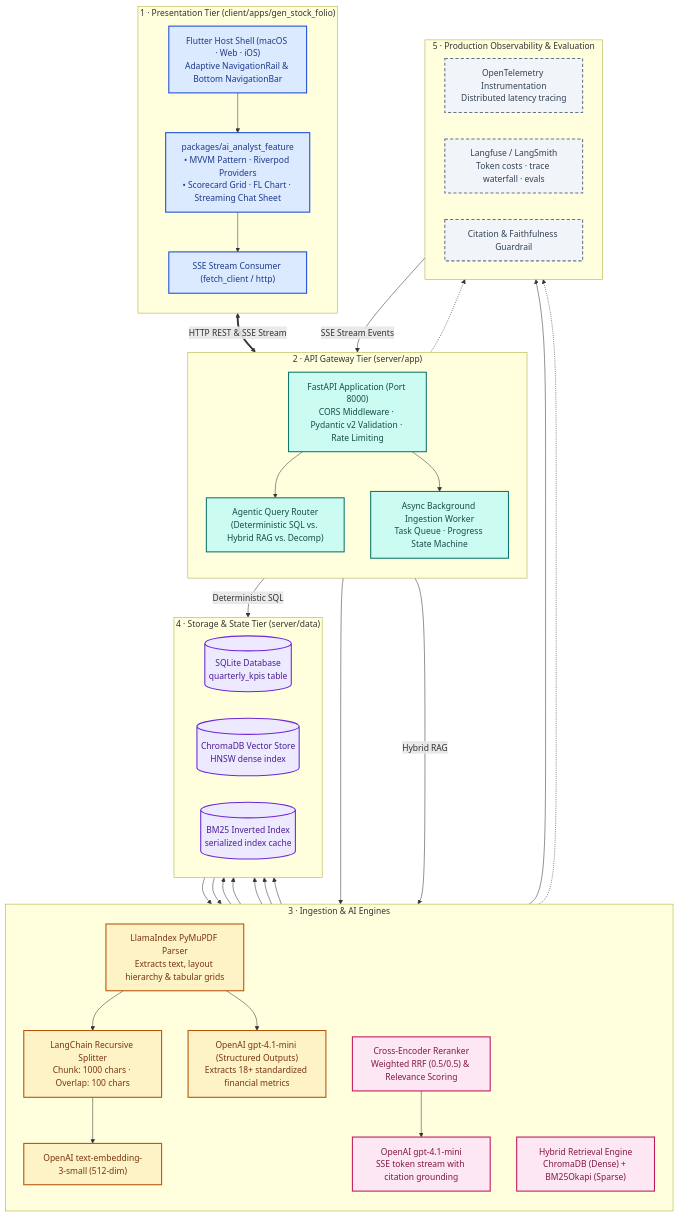
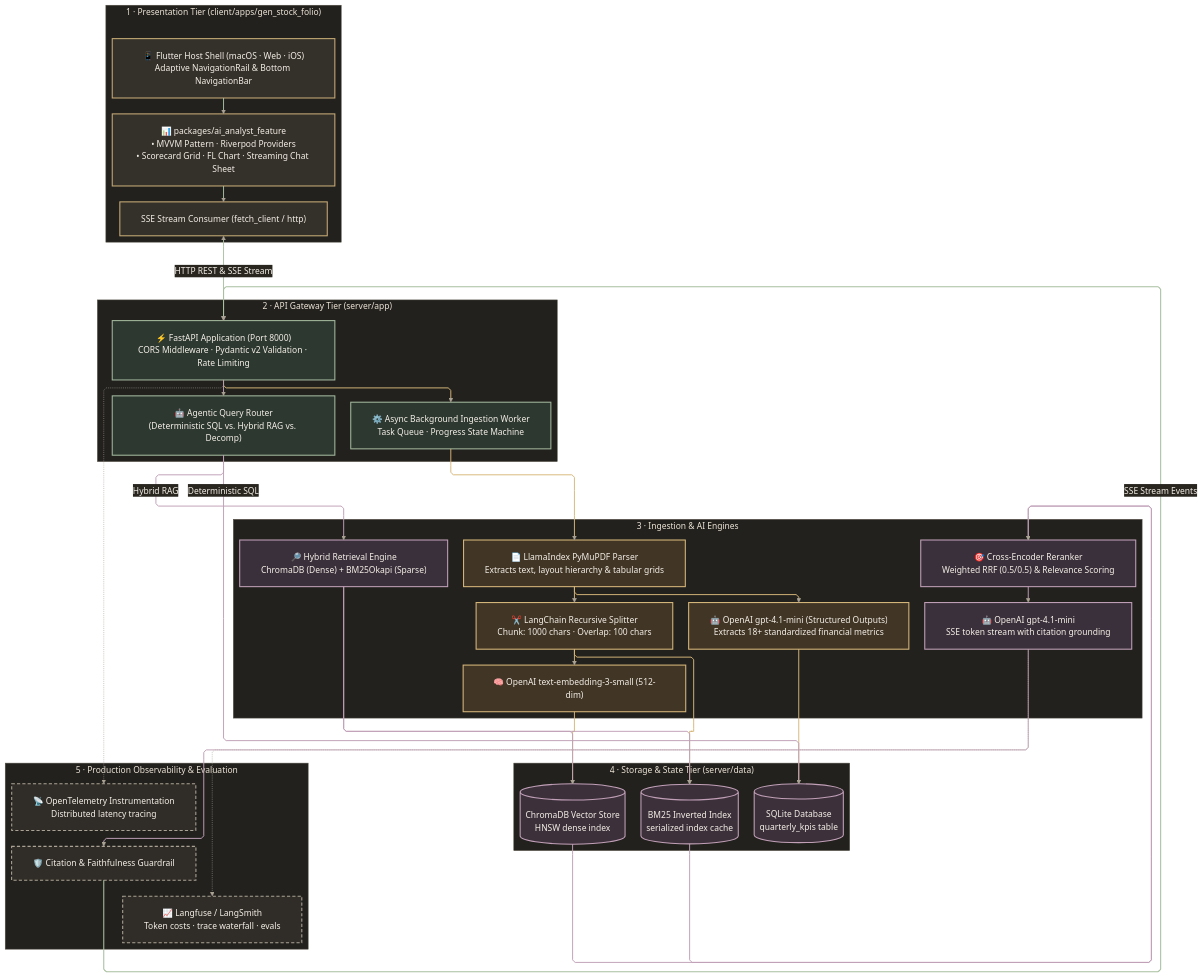
Before and after one commit to tarunkhurana2015/ai-certification-gen-academy: the fifth of 10 diagrams in week2-project-stock-ai-analyzer/ARCHITECTURE.md, drawn with Mermaid. The commit also changed other lines of this file and 22 other files, not shown here.

Commit message:
modified diagrams

````diff
--- a/week2-project-stock-ai-analyzer/ARCHITECTURE.md
+++ b/week2-project-stock-ai-analyzer/ARCHITECTURE.md
@@ -455,16 +522,17 @@
 ```mermaid
+%%{init: {"theme":"base","themeVariables":{"darkMode":true,"background":"#191816","primaryColor":"#34302A","primaryTextColor":"#F4EFE6","primaryBorderColor":"#C6AA76","secondaryColor":"#3C303B","secondaryTextColor":"#F4EFE6","secondaryBorderColor":"#BC9AAF","tertiaryColor":"#293B32","tertiaryTextColor":"#F4EFE6","tertiaryBorderColor":"#99B89B","lineColor":"#AAA294","textColor":"#F4EFE6","mainBkg":"#34302A","clusterBkg":"#22211E","clusterBorder":"#514B41","titleColor":"#ECE3D5","edgeLabelBackground":"#292620","actorBkg":"#34302A","actorBorder":"#C6AA76","actorTextColor":"#F4EFE6","actorLineColor":"#8F8679","signalColor":"#D6BA87","signalTextColor":"#ECE3D5","labelBoxBkgColor":"#3C303B","labelBoxBorderColor":"#BC9AAF","labelTextColor":"#F4EFE6","loopTextColor":"#E0CEDB","noteBkgColor":"#413526","noteTextColor":"#F1DEC0","noteBorderColor":"#D7B77A","activationBkgColor":"#293B32","activationBorderColor":"#99B89B","sequenceNumberColor":"#191816","fontFamily":"Arial, Helvetica, sans-serif","fontSize":"16px"},"themeCSS":"& { background-color: #191816; } .node rect, .node polygon, .node path, .node circle { stroke-width: 1.5px; } .node rect { rx: 9px; ry: 9px; } .cluster rect { rx: 12px; ry: 12px; } .cluster-label span { font-weight: 600; } .edgeLabel { color: #E9DECC; } .flowchart-link { stroke-width: 1.5px; } text, .label, .nodeLabel, .cluster-label, .edgeLabel, foreignObject, p, span { font-family: Arial, Helvetica, sans-serif !important; }","layout":"elk","elk":{"mergeEdges":true,"nodePlacementStrategy":"BRANDES_KOEPF","cycleBreakingStrategy":"GREEDY","forceNodeModelOrder":false},"flowchart":{"curve":"linear","nodeSpacing":44,"rankSpacing":80,"padding":20,"wrappingWidth":340,"useMaxWidth":true,"htmlLabels":true}}}%%
 flowchart TB
-    classDef client fill:#DBEAFE,stroke:#1D4ED8,stroke-width:2px,color:#1E3A8A
-    classDef api fill:#CCFBF1,stroke:#0F766E,stroke-width:2px,color:#134E4A
-    classDef ingest fill:#FEF3C7,stroke:#B45309,stroke-width:2px,color:#78350F
-    classDef query fill:#FCE7F3,stroke:#BE185D,stroke-width:2px,color:#831843
-    classDef data fill:#EDE9FE,stroke:#6D28D9,stroke-width:2px,color:#4C1D95
-    classDef ops fill:#F1F5F9,stroke:#64748B,stroke-width:2px,stroke-dasharray:6 4,color:#334155
+    classDef client fill:#34302A,stroke:#C6AA76,stroke-width:2px,color:#F4EFE6
+    classDef api fill:#2D3831,stroke:#A1B69B,stroke-width:2px,color:#F4EFE6
+    classDef ingest fill:#413526,stroke:#D7B77A,stroke-width:2px,color:#F4EFE6
+    classDef query fill:#3A303B,stroke:#C1A0B7,stroke-width:2px,color:#F4EFE6
+    classDef data fill:#3C303B,stroke:#C1A0B7,stroke-width:2px,color:#F4EFE6
+    classDef ops fill:#302D28,stroke:#AAA294,stroke-width:2px,stroke-dasharray:6 4,color:#F4EFE6
 
     subgraph Tier1["1 · Presentation Tier (client/apps/gen_stock_folio)"]
         direction TB
-        FlutterApp["Flutter Host Shell (macOS · Web · iOS)<br/>Adaptive NavigationRail & Bottom NavigationBar"]:::client
-        AIAnalystPkg["packages/ai_analyst_feature<br/>• MVVM Pattern · Riverpod Providers<br/>• Scorecard Grid · FL Chart · Streaming Chat Sheet"]:::client
+        FlutterApp["📱 Flutter Host Shell (macOS · Web · iOS)<br/>Adaptive NavigationRail & Bottom NavigationBar"]:::client
+        AIAnalystPkg["📊 packages/ai_analyst_feature<br/>• MVVM Pattern · Riverpod Providers<br/>• Scorecard Grid · FL Chart · Streaming Chat Sheet"]:::client
         SSEClient["SSE Stream Consumer (fetch_client / http)"]:::client
         FlutterApp --> AIAnalystPkg
         AIAnalystPkg --> SSEClient
@@ -472,23 +540,23 @@
 
     subgraph Tier2["2 · API Gateway Tier (server/app)"]
         direction TB
-        FastAPIServer["FastAPI Application (Port 8000)<br/>CORS Middleware · Pydantic v2 Validation · Rate Limiting"]:::api
-        QueryRouter["Agentic Query Router<br/>(Deterministic SQL vs. Hybrid RAG vs. Decomp)"]:::api
-        IngestWorker["Async Background Ingestion Worker<br/>Task Queue · Progress State Machine"]:::api
+        FastAPIServer["⚡ FastAPI Application (Port 8000)<br/>CORS Middleware · Pydantic v2 Validation · Rate Limiting"]:::api
+        QueryRouter["🤖 Agentic Query Router<br/>(Deterministic SQL vs. Hybrid RAG vs. Decomp)"]:::api
+        IngestWorker["⚙️ Async Background Ingestion Worker<br/>Task Queue · Progress State Machine"]:::api
+        FastAPIServer --> IngestWorker
         FastAPIServer --> QueryRouter
-        FastAPIServer --> IngestWorker
     end
 
     subgraph Tier3["3 · Ingestion & AI Engines"]
         direction TB
-        LlamaParser["LlamaIndex PyMuPDF Parser<br/>Extracts text, layout hierarchy & tabular grids"]:::ingest
-        LCSplitter["LangChain Recursive Splitter<br/>Chunk: 1000 chars · Overlap: 100 chars"]:::ingest
-        OpenAIEmbed["OpenAI text-embedding-3-small (512-dim)"]:::ingest
-        KPISchemaLLM["OpenAI gpt-4.1-mini (Structured Outputs)<br/>Extracts 18+ standardized financial metrics"]:::ingest
+        LlamaParser["📄 LlamaIndex PyMuPDF Parser<br/>Extracts text, layout hierarchy & tabular grids"]:::ingest
+        LCSplitter["✂️ LangChain Recursive Splitter<br/>Chunk: 1000 chars · Overlap: 100 chars"]:::ingest
+        OpenAIEmbed["🧠 OpenAI text-embedding-3-small (512-dim)"]:::ingest
+        KPISchemaLLM["🤖 OpenAI gpt-4.1-mini (Structured Outputs)<br/>Extracts 18+ standardized financial metrics"]:::ingest
 
-        HybridRetriever["Hybrid Retrieval Engine<br/>ChromaDB (Dense) + BM25Okapi (Sparse)"]:::query
-        Reranker["Cross-Encoder Reranker<br/>Weighted RRF (0.5/0.5) & Relevance Scoring"]:::query
-        AnswerEngine["OpenAI gpt-4.1-mini<br/>SSE token stream with citation grounding"]:::query
+        HybridRetriever["🔎 Hybrid Retrieval Engine<br/>ChromaDB (Dense) + BM25Okapi (Sparse)"]:::query
+        Reranker["🎯 Cross-Encoder Reranker<br/>Weighted RRF (0.5/0.5) & Relevance Scoring"]:::query
+        AnswerEngine["🤖 OpenAI gpt-4.1-mini<br/>SSE token stream with citation grounding"]:::query
     end
 
     subgraph Tier4["4 · Storage & State Tier (server/data)"]
@@ -500,9 +568,9 @@
 
     subgraph Tier5["5 · Production Observability & Evaluation"]
         direction LR
-        OTel["OpenTelemetry Instrumentation<br/>Distributed latency tracing"]:::ops
-        Langfuse["Langfuse / LangSmith<br/>Token costs · trace waterfall · evals"]:::ops
-        Guardrail["Citation & Faithfulness Guardrail"]:::ops
+        OTel["📡 OpenTelemetry Instrumentation<br/>Distributed latency tracing"]:::ops
+        Langfuse["📈 Langfuse / LangSmith<br/>Token costs · trace waterfall · evals"]:::ops
+        Guardrail["🛡️ Citation & Faithfulness Guardrail"]:::ops
     end
 
     SSEClient <==>|HTTP REST & SSE Stream| FastAPIServer
@@ -526,4 +594,13 @@
 
     FastAPIServer -.-> OTel
     AnswerEngine -.-> Langfuse
+
+    classDef default fill:#34302A,stroke:#C6AA76,color:#F4EFE6
+    linkStyle default stroke:#AAA294
+    OTel ~~~ Guardrail ~~~ Langfuse
+    %% Colours distinguish existing ingestion, query, and return paths.
+    linkStyle 0,1,4 stroke:#A8C0A0,stroke-width:1.8px
+    linkStyle 2,5,6,7,8,9,10,11 stroke:#D7B77A,stroke-width:1.8px
+    linkStyle 3,12,13,14,15,16,17,18,19 stroke:#C1A0B7,stroke-width:1.8px
+    linkStyle 20 stroke:#A8C0A0,stroke-width:2px
 ```
````
